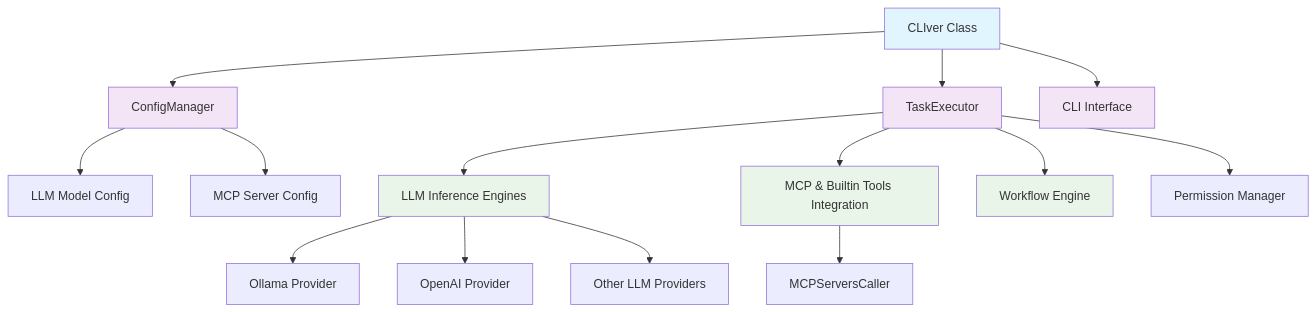
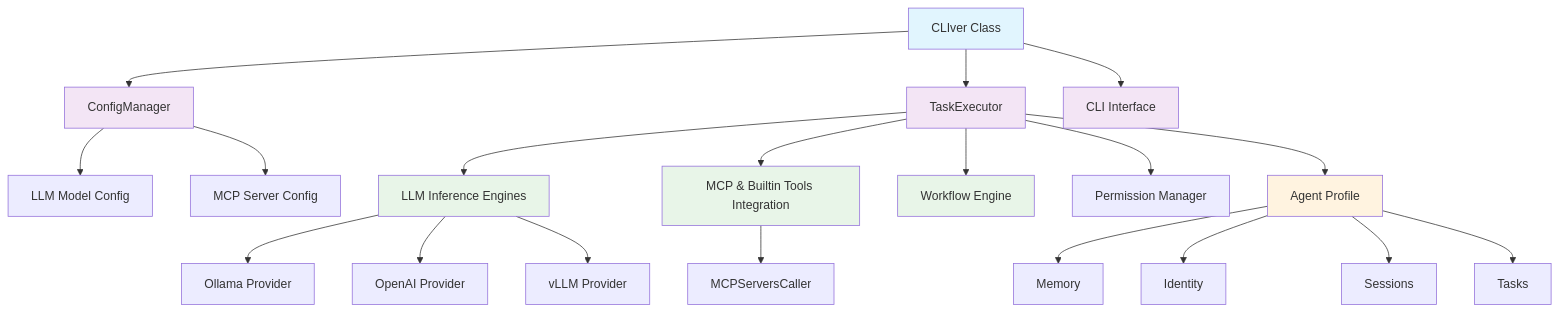
Before and after one commit to cliver-project/CLIver: the diagram in docs/overview.md, drawn with Mermaid. The commit also changed other lines of this file and 12 other files, not shown here.

````diff
--- a/docs/overview.md
+++ b/docs/overview.md
@@ -41,28 +47,35 @@
 ```mermaid
 graph TD
     A[CLIver Class] --> B[ConfigManager]
     A --> C[TaskExecutor]
     A --> D[CLI Interface]
 
     B --> E[LLM Model Config]
     B --> F[MCP Server Config]
 
     C --> G[LLM Inference Engines]
     C --> H[MCP & Builtin Tools Integration]
     C --> I[Workflow Engine]
     C --> N[Permission Manager]
+    C --> O[Agent Profile]
 
     G --> J[Ollama Provider]
     G --> K[OpenAI Provider]
-    G --> L[Other LLM Providers]
+    G --> L[vLLM Provider]
 
     H --> M[MCPServersCaller]
+
+    O --> P[Memory]
+    O --> Q[Identity]
+    O --> R[Sessions]
+    O --> S[Tasks]
 
     style A fill:#e1f5fe
     style B fill:#f3e5f5
     style C fill:#f3e5f5
     style D fill:#f3e5f5
     style G fill:#e8f5e8
     style H fill:#e8f5e8
     style I fill:#e8f5e8
+    style O fill:#fff3e0
 ```
````
